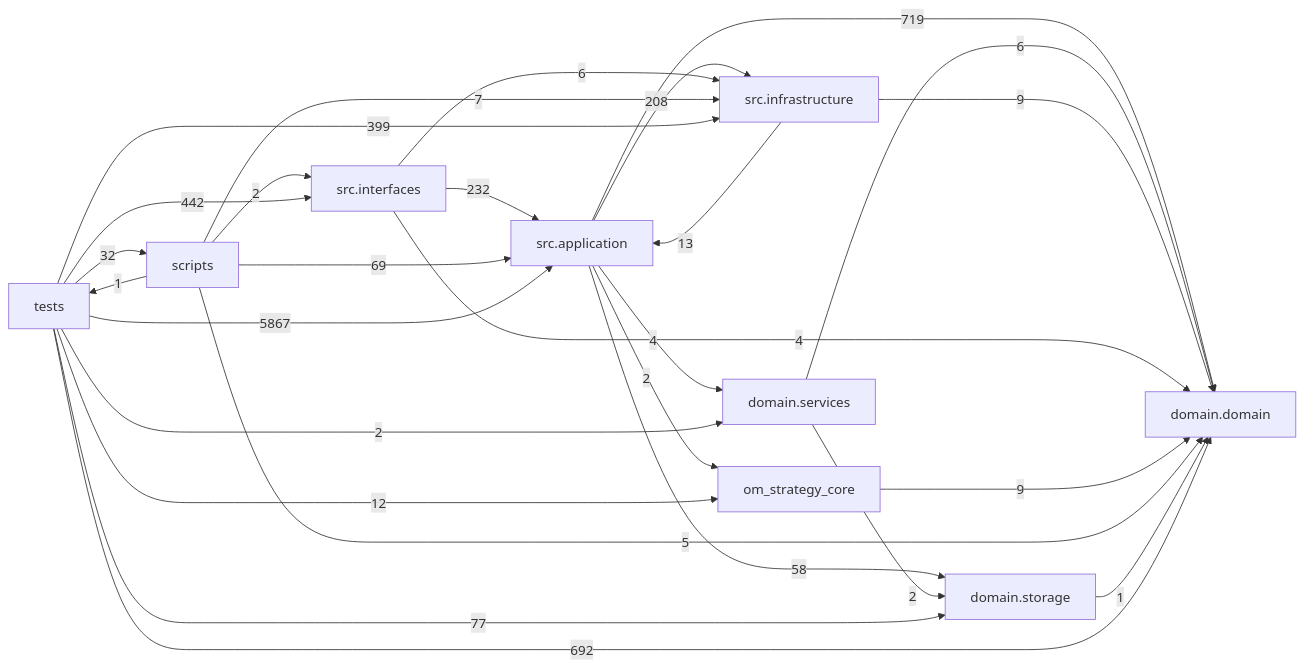
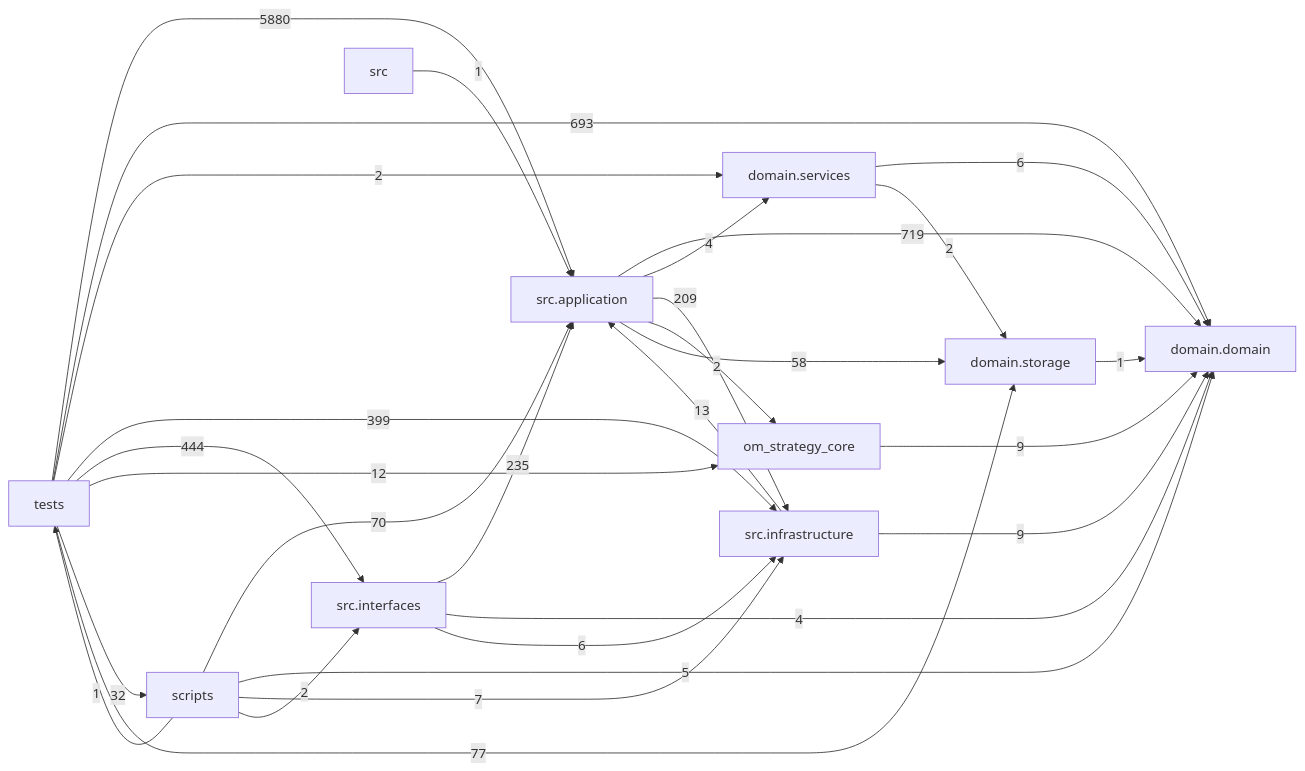
The diagram in docs/DEPENDENCY_GRAPH.md (liuxie066/options-monitor), drawn with Mermaid before and after one commit. The commit also changed other lines of this file and 24 other files, not shown here.

````diff
--- a/docs/DEPENDENCY_GRAPH.md
+++ b/docs/DEPENDENCY_GRAPH.md
@@ -24,38 +24,39 @@
 ```mermaid
 flowchart LR
   tests["tests"]
   scripts["scripts"]
   interfaces["src.interfaces"]
   application["src.application"]
   infrastructure["src.infrastructure"]
   domain_services["domain.services"]
   domain["domain.domain"]
   storage["domain.storage"]
   application -->|719| domain
   application -->|4| domain_services
-  application -->|208| infrastructure
+  application -->|209| infrastructure
   application -->|2| om_strategy_core
   application -->|58| storage
   domain_services -->|6| domain
   domain_services -->|2| storage
   infrastructure -->|13| application
   infrastructure -->|9| domain
-  interfaces -->|232| application
+  interfaces -->|235| application
   interfaces -->|4| domain
   interfaces -->|6| infrastructure
   om_strategy_core -->|9| domain
-  scripts -->|69| application
+  scripts -->|70| application
   scripts -->|5| domain
   scripts -->|7| infrastructure
   scripts -->|2| interfaces
   scripts -->|1| tests
+  src -->|1| application
   storage -->|1| domain
-  tests -->|5867| application
-  tests -->|692| domain
+  tests -->|5880| application
+  tests -->|693| domain
   tests -->|2| domain_services
   tests -->|399| infrastructure
-  tests -->|442| interfaces
+  tests -->|444| interfaces
   tests -->|12| om_strategy_core
   tests -->|32| scripts
   tests -->|77| storage
 ```
````
